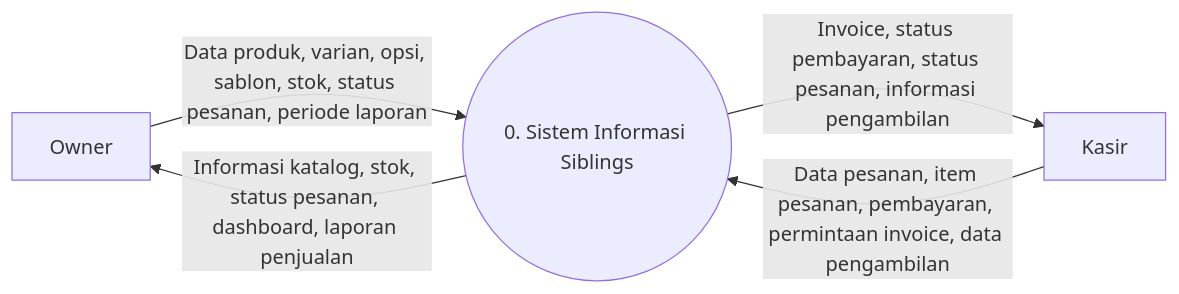
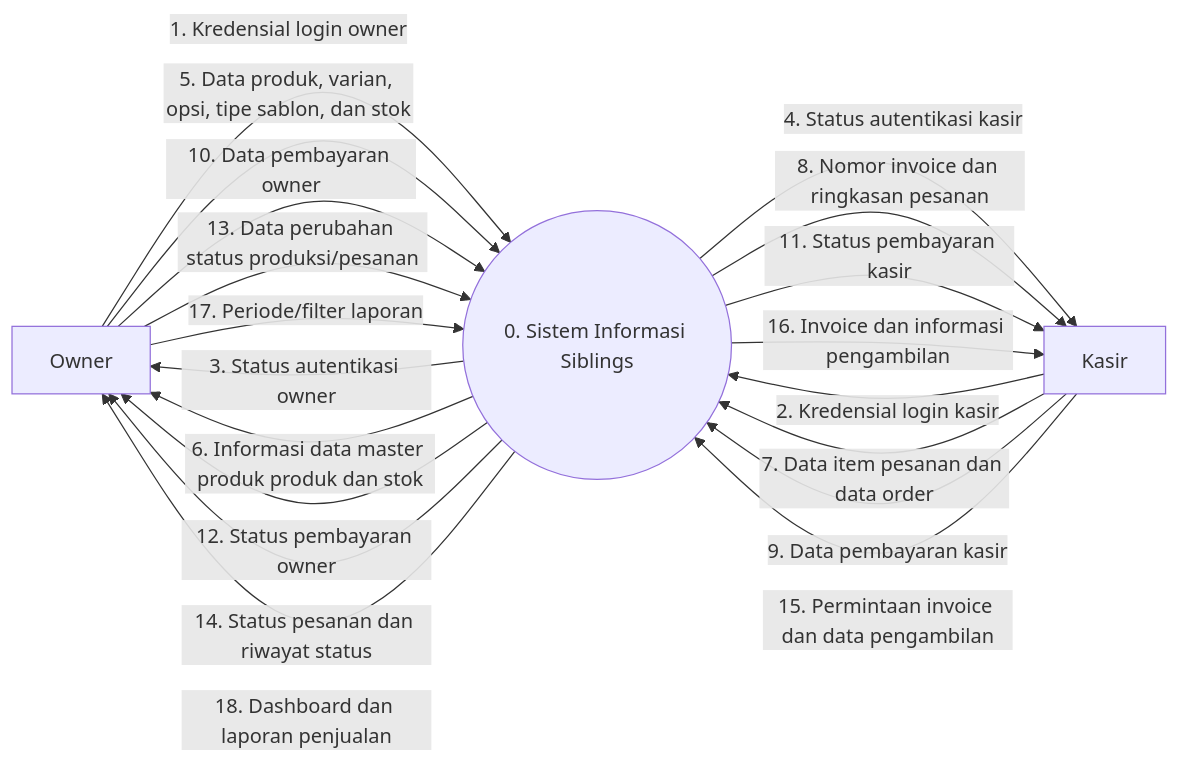
Before and after one commit to K35x/si_siblings_uml: diagram 19 of 20 in README.md, drawn with Mermaid. The commit also changed other lines of this file, not shown here.

````diff
--- a/README.md
+++ b/README.md
@@ -825,12 +825,31 @@
 ```mermaid
 flowchart LR
     Owner[Owner]
     Kasir[Kasir]
     S((0. Sistem Informasi Siblings))
 
-    Owner -->|Data produk, varian, opsi, sablon, stok, status pesanan, periode laporan| S
-    S -->|Informasi katalog, stok, status pesanan, dashboard, laporan penjualan| Owner
+    Owner -->|1. Kredensial login owner| S
+    Kasir -->|2. Kredensial login kasir| S
+    S -->|3. Status autentikasi owner| Owner
+    S -->|4. Status autentikasi kasir| Kasir
 
-    Kasir -->|Data pesanan, item pesanan, pembayaran, permintaan invoice, data pengambilan| S
-    S -->|Invoice, status pembayaran, status pesanan, informasi pengambilan| Kasir
+    Owner -->|5. Data produk, varian, opsi, tipe sablon, dan stok| S
+    S -->|6. Informasi data master produk produk dan stok| Owner
+
+    Kasir -->|7. Data item pesanan dan data order| S
+    S -->|8. Nomor invoice dan ringkasan pesanan| Kasir
+
+    Kasir -->|9. Data pembayaran kasir| S
+    Owner -->|10. Data pembayaran owner| S
+    S -->|11. Status pembayaran kasir| Kasir
+    S -->|12. Status pembayaran owner| Owner
+
+    Owner -->|13. Data perubahan status produksi/pesanan| S
+    S -->|14. Status pesanan dan riwayat status| Owner
+
+    Kasir -->|15. Permintaan invoice dan data pengambilan| S
+    S -->|16. Invoice dan informasi pengambilan| Kasir
+
+    Owner -->|17. Periode/filter laporan| S
+    S -->|18. Dashboard dan laporan penjualan| Owner
 ```
````
